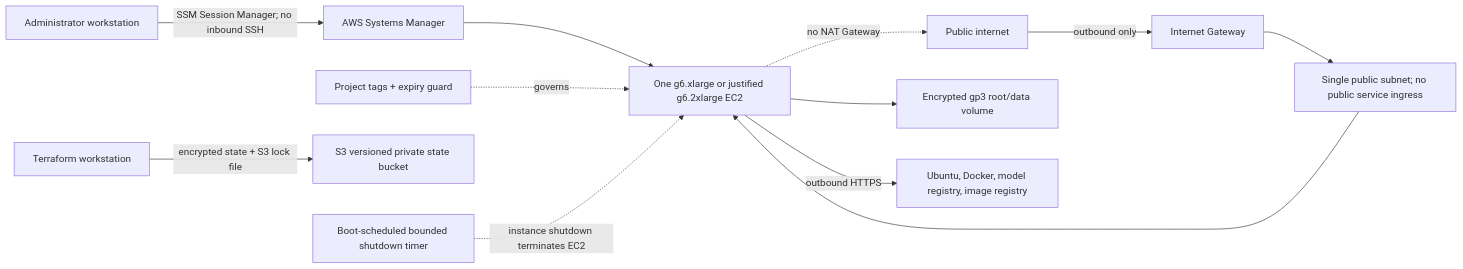
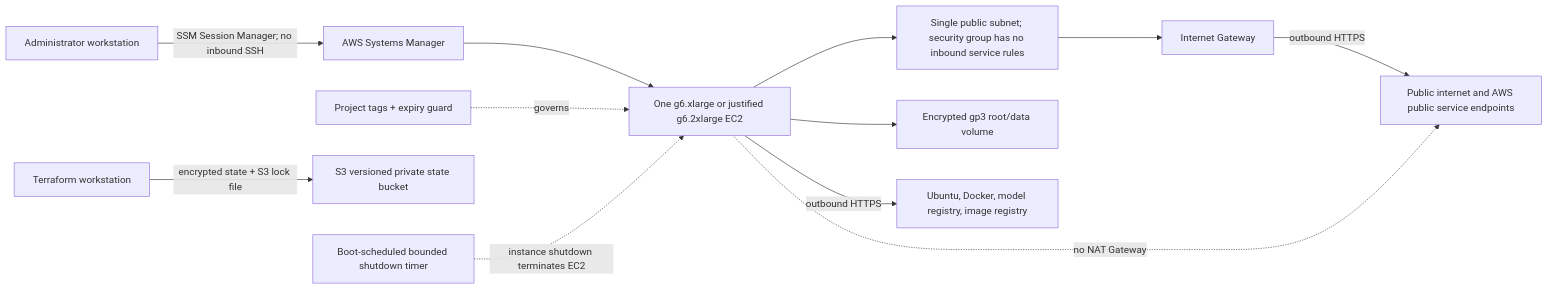
One commit to Bepoadewale/multi-tenant-ai-inference-platform changed the first of 9 diagrams in docs/gpu-lab/ARCHITECTURE.md. Above: the diagram before and after it, drawn with Mermaid. The commit also changed other lines of this file and 11 other files, not shown here.

````diff
--- a/docs/gpu-lab/ARCHITECTURE.md
+++ b/docs/gpu-lab/ARCHITECTURE.md
@@ -7,14 +7,14 @@
 ```mermaid
 flowchart LR
   Operator[Administrator workstation] -->|SSM Session Manager; no inbound SSH| SSM[AWS Systems Manager]
   SSM --> EC2[One g6.xlarge or justified g6.2xlarge EC2]
-  Internet[Public internet] -->|outbound only| IGW[Internet Gateway]
-  IGW --> Subnet[Single public subnet; no public service ingress]
-  Subnet --> EC2
+  EC2 --> Subnet[Single public subnet; security group has no inbound service rules]
+  Subnet --> IGW[Internet Gateway]
+  IGW -->|outbound HTTPS| Internet[Public internet and AWS public service endpoints]
   EC2 --> Disk[Encrypted gp3 root/data volume]
   EC2 -->|outbound HTTPS| Packages[Ubuntu, Docker, model registry, image registry]
   EC2 -. no NAT Gateway .-> Internet
   Tags[Project tags + expiry guard] -. governs .-> EC2
   TF[Terraform workstation] -->|encrypted state + S3 lock file| State[S3 versioned private state bucket]
   Expiry[Boot-scheduled bounded shutdown timer] -. instance shutdown terminates EC2 .-> EC2
 ```
````
